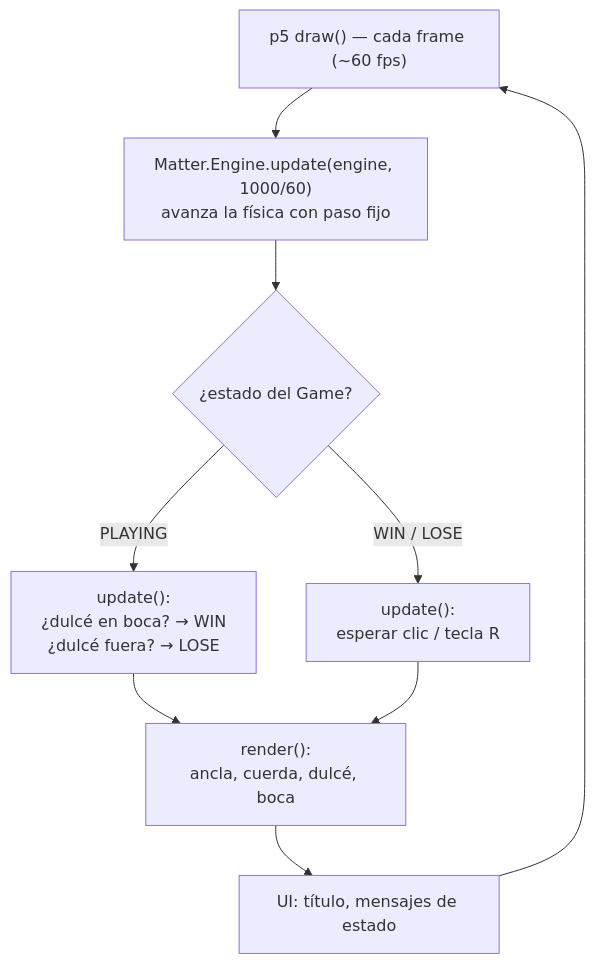
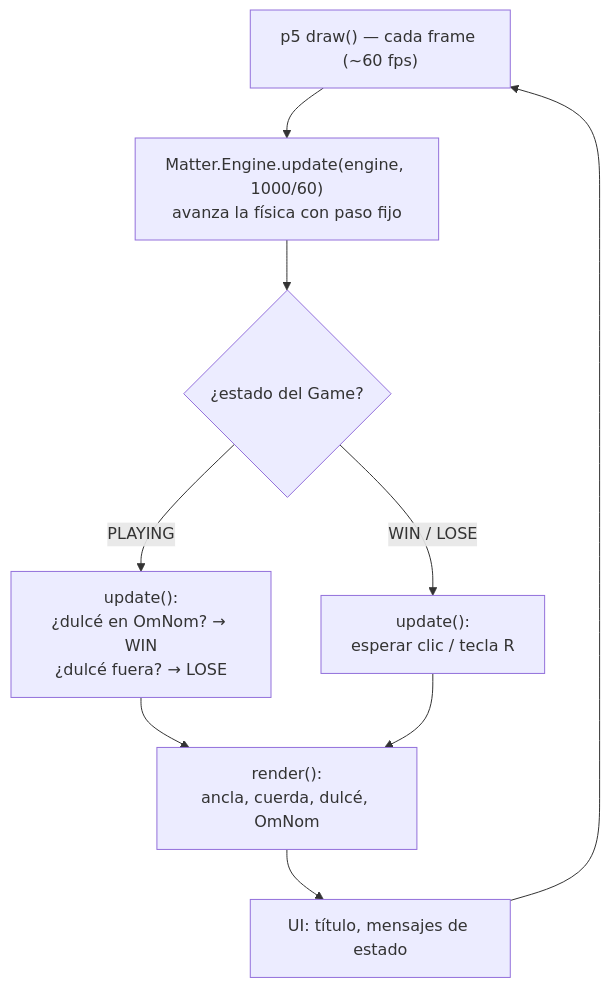
One commit to ShryhakAkizuki/Cut_The_Rope-Visual_Computing_2026-II changed the fourth of 4 diagrams in docs/arquitectura-mvp.md. Above: the diagram before and after it, drawn with Mermaid. The commit also changed other lines of this file and 8 other files, not shown here.

````diff
--- a/docs/arquitectura-mvp.md
+++ b/docs/arquitectura-mvp.md
@@ -216,11 +216,11 @@
 ```mermaid
 flowchart TD
     A["p5 draw() — cada frame (~60 fps)"] --> B["Matter.Engine.update(engine, 1000/60)<br/>avanza la física con paso fijo"]
     B --> C{"¿estado del Game?"}
-    C -->|PLAYING| D["update():<br/>¿dulcé en boca? → WIN<br/>¿dulcé fuera? → LOSE"]
+    C -->|PLAYING| D["update():<br/>¿dulcé en OmNom? → WIN<br/>¿dulcé fuera? → LOSE"]
     C -->|WIN / LOSE| E["update():<br/>esperar clic / tecla R"]
-    D --> F["render():<br/>ancla, cuerda, dulcé, boca"]
+    D --> F["render():<br/>ancla, cuerda, dulcé, OmNom"]
     E --> F
     F --> G["UI: título, mensajes de estado"]
     G --> A
 ```
````
